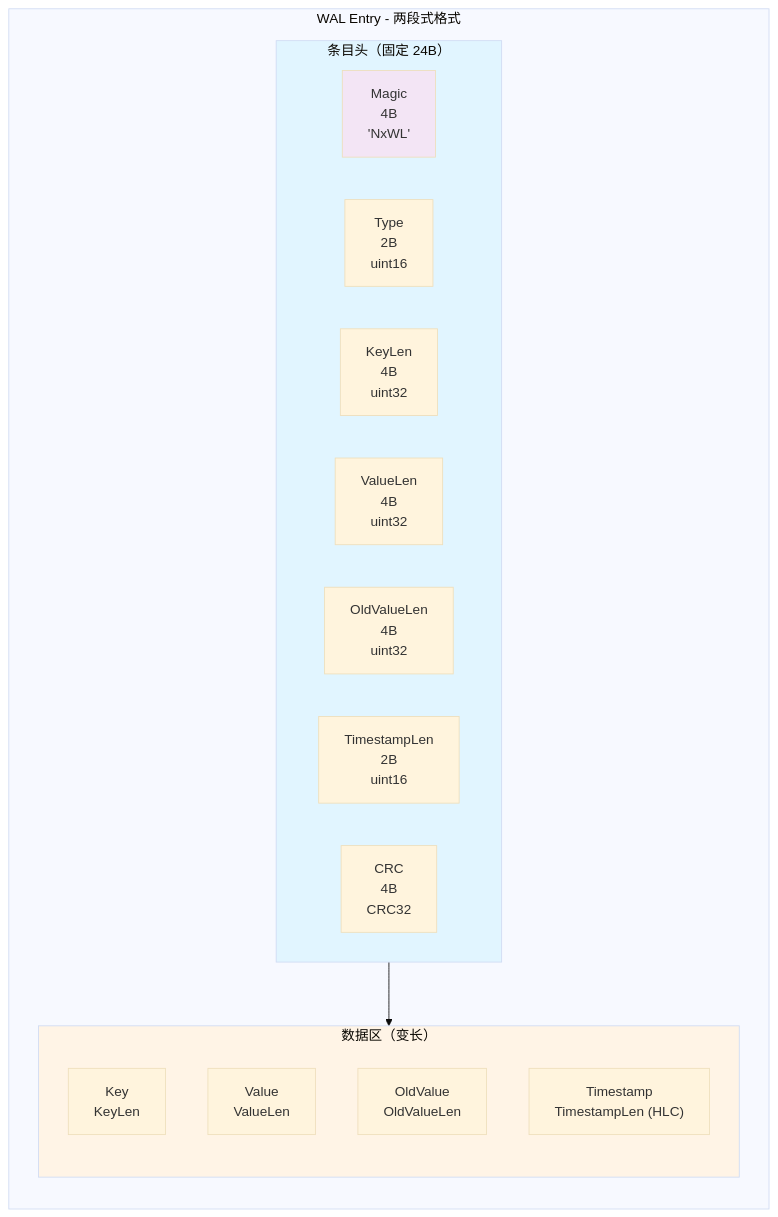
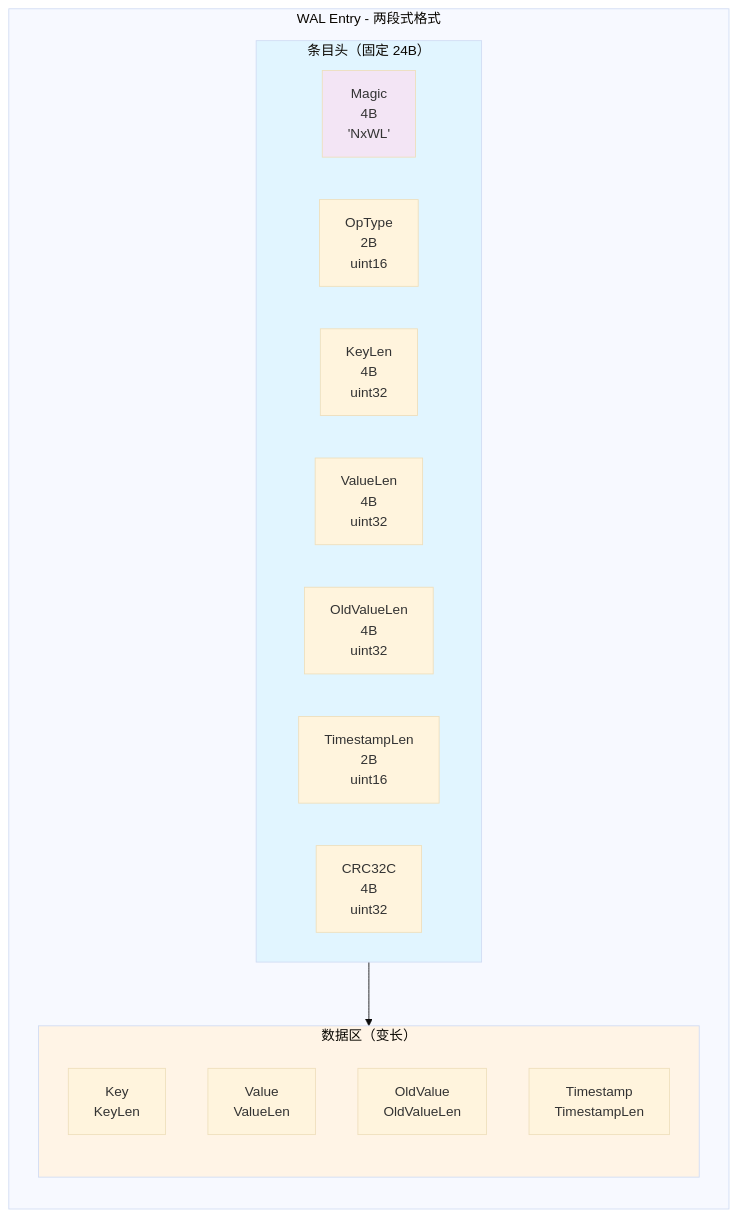
Before and after one commit to jzhang405/NexKV: the second of 8 diagrams in docs/06_project_management/pr_documents/feature/2026-01-19_PR-003_WAL_Checkpoint_机制实现_Pre.md, drawn with Mermaid (base theme). The commit also changed other lines of this file and 51 other files, not shown here.

````diff
--- a/docs/06_project_management/pr_documents/feature/2026-01-19_PR-003_WAL_Checkpoint_机制实现_Pre.md
+++ b/docs/06_project_management/pr_documents/feature/2026-01-19_PR-003_WAL_Checkpoint_机制实现_Pre.md
@@ -296,31 +212,31 @@
 ```mermaid
 flowchart TD
     subgraph WALEntry["WAL Entry - 两段式格式"]
         direction TB
 
         subgraph Header["条目头（固定 24B）"]
             direction LR
             H1["Magic<br/>4B<br/>'NxWL'"]
-            H2["Type<br/>2B<br/>uint16"]
+            H2["OpType<br/>2B<br/>uint16"]
             H3["KeyLen<br/>4B<br/>uint32"]
             H4["ValueLen<br/>4B<br/>uint32"]
             H5["OldValueLen<br/>4B<br/>uint32"]
             H6["TimestampLen<br/>2B<br/>uint16"]
-            H7["CRC<br/>4B<br/>CRC32"]
+            H7["CRC32C<br/>4B<br/>uint32"]
         end
 
         subgraph Data["数据区（变长）"]
             direction TB
             D1["Key<br/>KeyLen"]
             D2["Value<br/>ValueLen"]
             D3["OldValue<br/>OldValueLen"]
-            D4["Timestamp<br/>TimestampLen (HLC)"]
+            D4["Timestamp<br/>TimestampLen"]
         end
 
         Header --> Data
     end
 
     style Header fill:#e1f5ff
     style Data fill:#fff4e6
     style H1 fill:#f3e5f5
 ```
````
